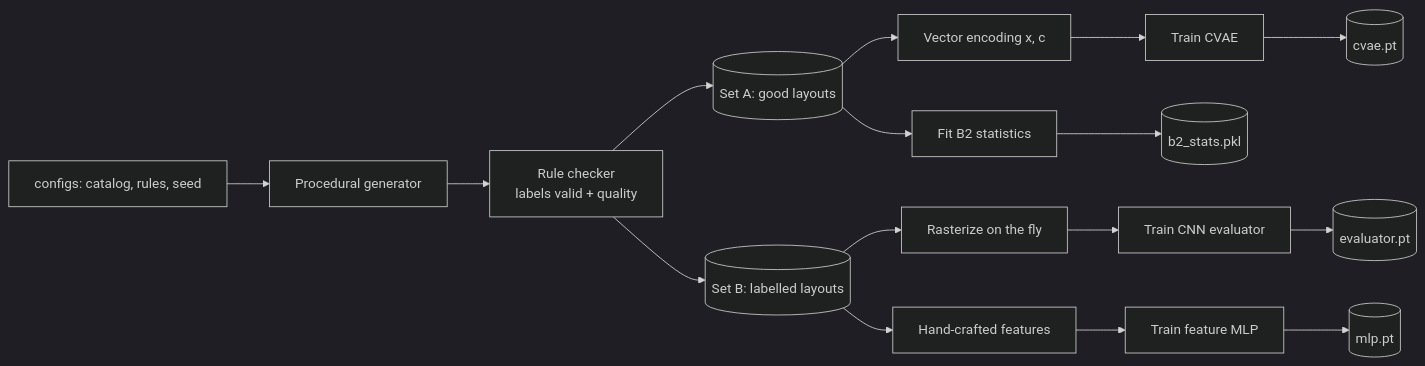
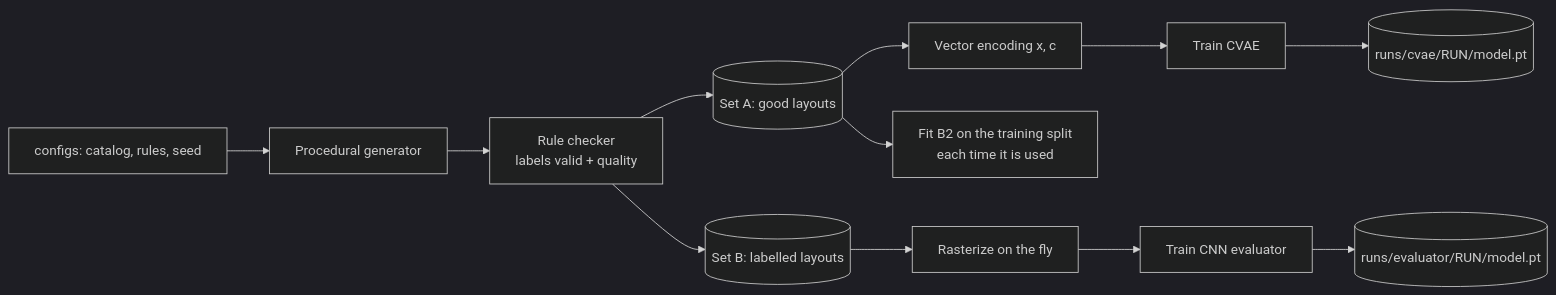
One commit to YashPandit09/DL_MiniProject changed the third of 7 diagrams in Architecture.md. Above: the diagram before and after it, drawn with Mermaid (dark theme). The commit also changed other lines of this file and 117 other files, not shown here.

````diff
--- a/Architecture.md
+++ b/Architecture.md
@@ -121,18 +139,14 @@
 ```mermaid
 flowchart LR
     CFG[configs: catalog, rules, seed] --> GEN[Procedural generator]
     GEN --> CHK[Rule checker<br/>labels valid + quality]
     CHK --> SETA[(Set A: good layouts)]
     CHK --> SETB[(Set B: labelled layouts)]
     SETA --> ENC[Vector encoding x, c]
     ENC --> TRV[Train CVAE]
     SETB --> RAS[Rasterize on the fly]
     RAS --> TRE[Train CNN evaluator]
-    SETB --> FEAT[Hand-crafted features]
-    FEAT --> TRM[Train feature MLP]
-    TRV --> CK1[(cvae.pt)]
-    TRE --> CK2[(evaluator.pt)]
-    TRM --> CK3[(mlp.pt)]
-    SETA --> STAT[Fit B2 statistics]
-    STAT --> CK4[(b2_stats.pkl)]
+    TRV --> CK1[(runs/cvae/RUN/model.pt)]
+    TRE --> CK2[(runs/evaluator/RUN/model.pt)]
+    SETA --> STAT[Fit B2 on the training split<br/>each time it is used]
 ```
````
